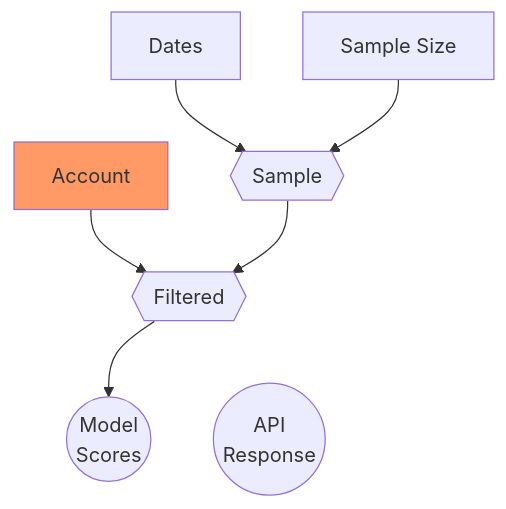
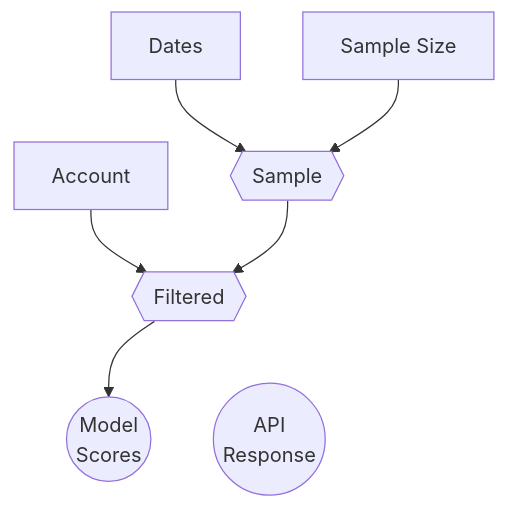
One commit to gshotwell/shiny-algorithm changed diagram 14 of 28 in _reactive-calc.qmd. Above: the diagram before and after it, drawn with Mermaid. The commit also changed 3 other files, not shown here.

````diff
--- a/_reactive-calc.qmd
+++ b/_reactive-calc.qmd
@@ -199,13 +199,13 @@
 ```{mermaid}
 %%| fig-width: 4
 flowchart TD
   D[Dates] --> Sa{{Sample}}
   S[Sample Size] --> Sa
-  A[Account]:::changed  --> F
+  A[Account]  --> F
   Sa --> F{{Filtered}}
   F --> P2((Model\nScores))
   F --> P1((API\nResponse))
   
   classDef changed fill:#f96
   linkStyle 5 display:none
 ```
````
